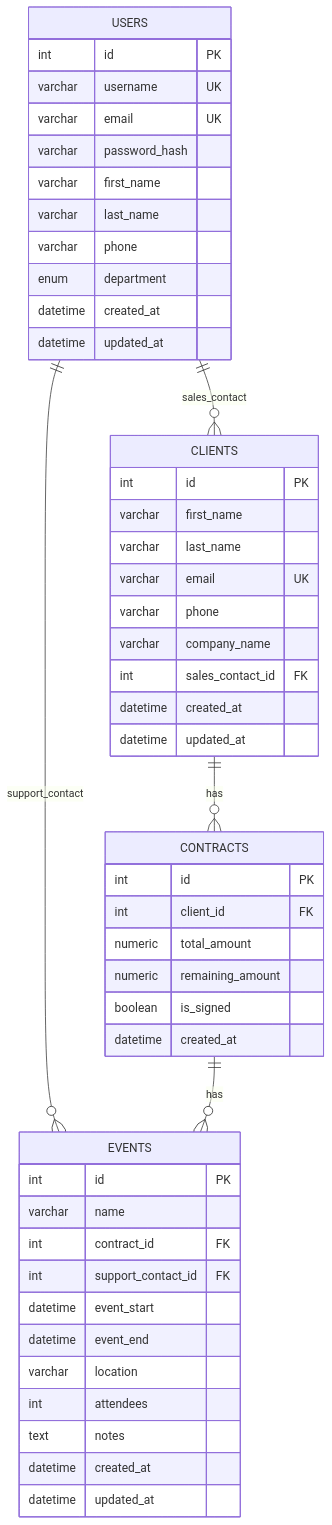
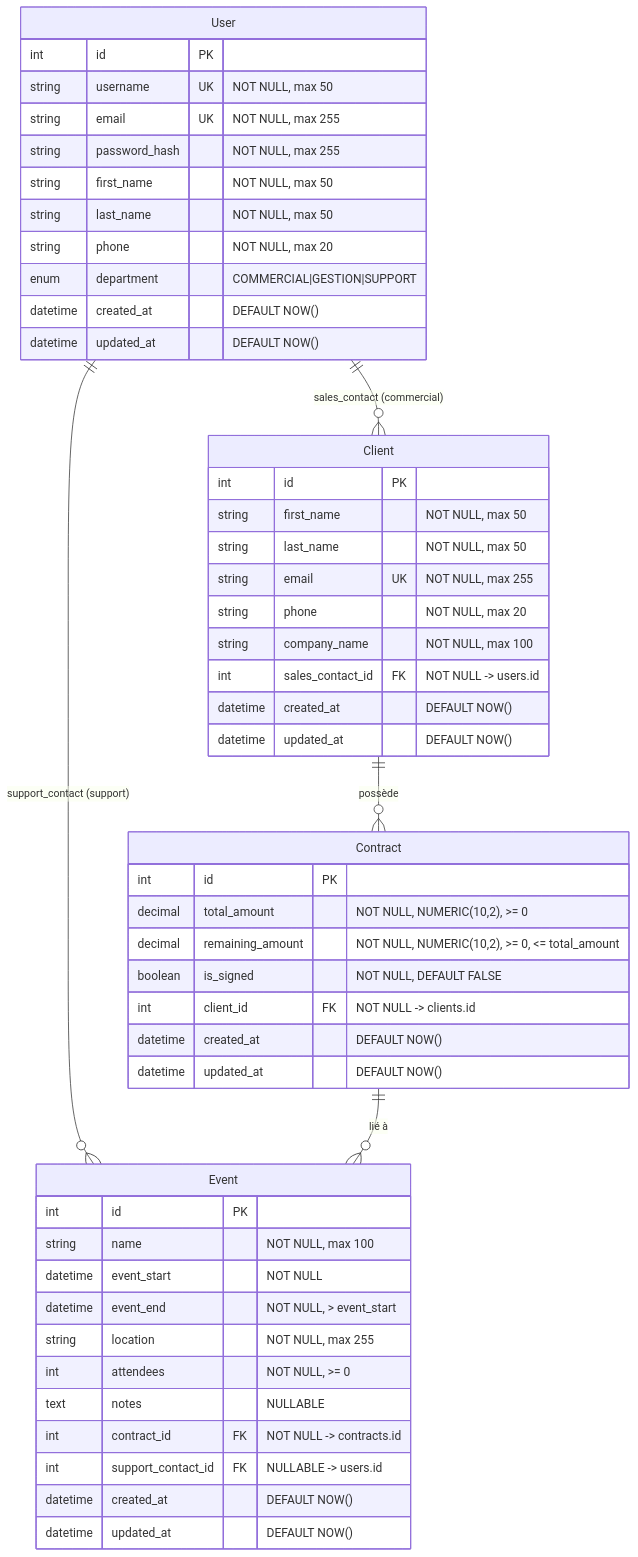
One commit to SebGris/project-12-architecture-back-end changed the diagram in docs/database-schema.md. Above: the diagram before and after it, drawn with Mermaid. The commit also changed other lines of this file, not shown here.

Commit message:
docs(database): Améliorer le schéma Mermaid ERD avec contraintes détaillées
- Corriger la taille du champ email dans CLIENTS (255 au lieu de 100)
- Corriger la taille du champ name dans EVENTS (100 au lieu de 200)
- Améliorer le diagramme Mermaid avec :
  * Noms d'entités au singulier (User, Client, Contract, Event)
  * Relations plus explicites avec descriptions des rôles
  * Contraintes détaillées (NOT NULL, CHECK, DEFAULT)
  * Références de clés étrangères claires (FK -> table.id)

Prêt pour livrable OpenClassrooms projet 12.

🤖 Generated with [Claude Code](https://claude.com/claude-code)

````diff
--- a/docs/database-schema.md
+++ b/docs/database-schema.md
@@ -368,55 +368,56 @@
 ```mermaid
 erDiagram
-    USERS ||--o{ CLIENTS : "sales_contact"
-    USERS ||--o{ EVENTS : "support_contact"
-    CLIENTS ||--o{ CONTRACTS : "has"
-    CONTRACTS ||--o{ EVENTS : "has"
+    User ||--o{ Client : "sales_contact (commercial)"
+    User ||--o{ Event : "support_contact (support)"
+    Client ||--o{ Contract : "possède"
+    Contract ||--o{ Event : "lié à"
 
-    USERS {
+    User {
         int id PK
-        varchar username UK
-        varchar email UK
-        varchar password_hash
-        varchar first_name
-        varchar last_name
-        varchar phone
-        enum department
-        datetime created_at
-        datetime updated_at
+        string username UK "NOT NULL, max 50"
+        string email UK "NOT NULL, max 255"
+        string password_hash "NOT NULL, max 255"
+        string first_name "NOT NULL, max 50"
+        string last_name "NOT NULL, max 50"
+        string phone "NOT NULL, max 20"
+        enum department "COMMERCIAL|GESTION|SUPPORT"
+        datetime created_at "DEFAULT NOW()"
+        datetime updated_at "DEFAULT NOW()"
     }
 
-    CLIENTS {
+    Client {
         int id PK
-        varchar first_name
-        varchar last_name
-        varchar email UK
-        varchar phone
-        varchar company_name
-        int sales_contact_id FK
-        datetime created_at
-        datetime updated_at
+        string first_name "NOT NULL, max 50"
+        string last_name "NOT NULL, max 50"
+        string email UK "NOT NULL, max 255"
+        string phone "NOT NULL, max 20"
+        string company_name "NOT NULL, max 100"
+        int sales_contact_id FK "NOT NULL -> users.id"
+        datetime created_at "DEFAULT NOW()"
+        datetime updated_at "DEFAULT NOW()"
     }
 
-    CONTRACTS {
+    Contract {
         int id PK
-        int client_id FK
-        numeric total_amount
-        numeric remaining_amount
-        boolean is_signed
-        datetime created_at
+        decimal total_amount "NOT NULL, NUMERIC(10,2), >= 0"
+        decimal remaining_amount "NOT NULL, NUMERIC(10,2), >= 0, <= total_amount"
+        boolean is_signed "NOT NULL, DEFAULT FALSE"
+        int client_id FK "NOT NULL -> clients.id"
+        datetime created_at "DEFAULT NOW()"
+        datetime updated_at "DEFAULT NOW()"
     }
 
-    EVENTS {
+    Event {
         int id PK
-        varchar name
-        int contract_id FK
-        int support_contact_id FK
-        datetime event_start
-        datetime event_end
-        varchar location
-        int attendees
-        text notes
-        datetime created_at
-        datetime updated_at
+        string name "NOT NULL, max 100"
+        datetime event_start "NOT NULL"
+        datetime event_end "NOT NULL, > event_start"
+        string location "NOT NULL, max 255"
+        int attendees "NOT NULL, >= 0"
+        text notes "NULLABLE"
+        int contract_id FK "NOT NULL -> contracts.id"
+        int support_contact_id FK "NULLABLE -> users.id"
+        datetime created_at "DEFAULT NOW()"
+        datetime updated_at "DEFAULT NOW()"
     }
 ```
````
